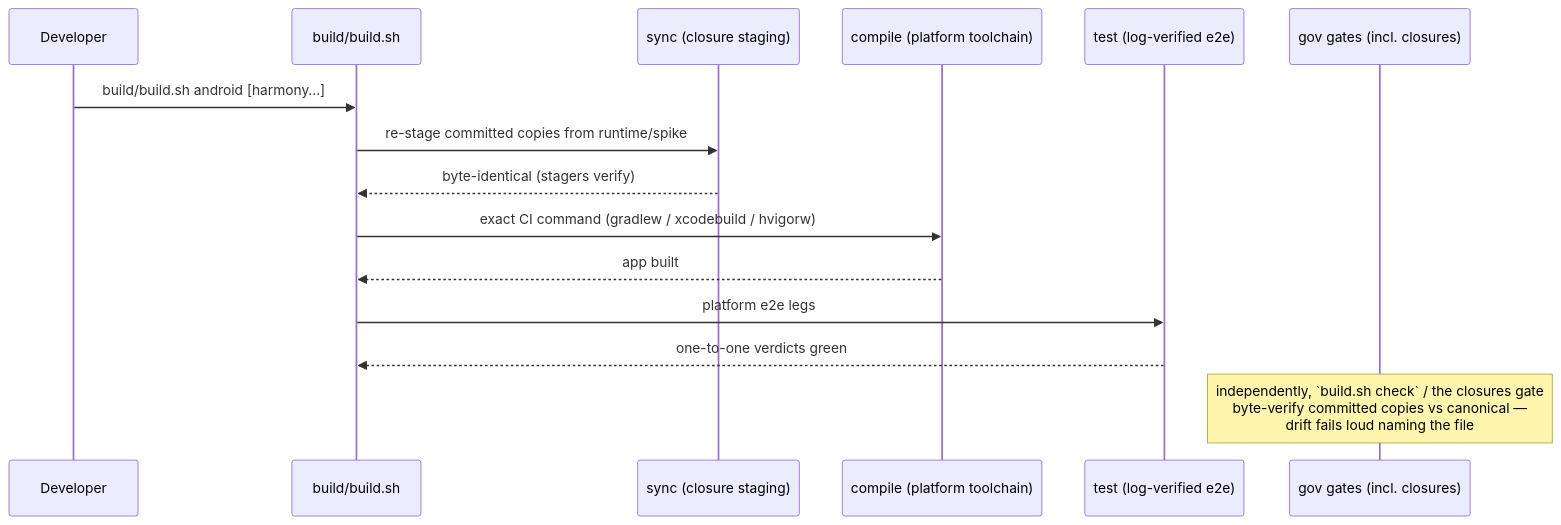
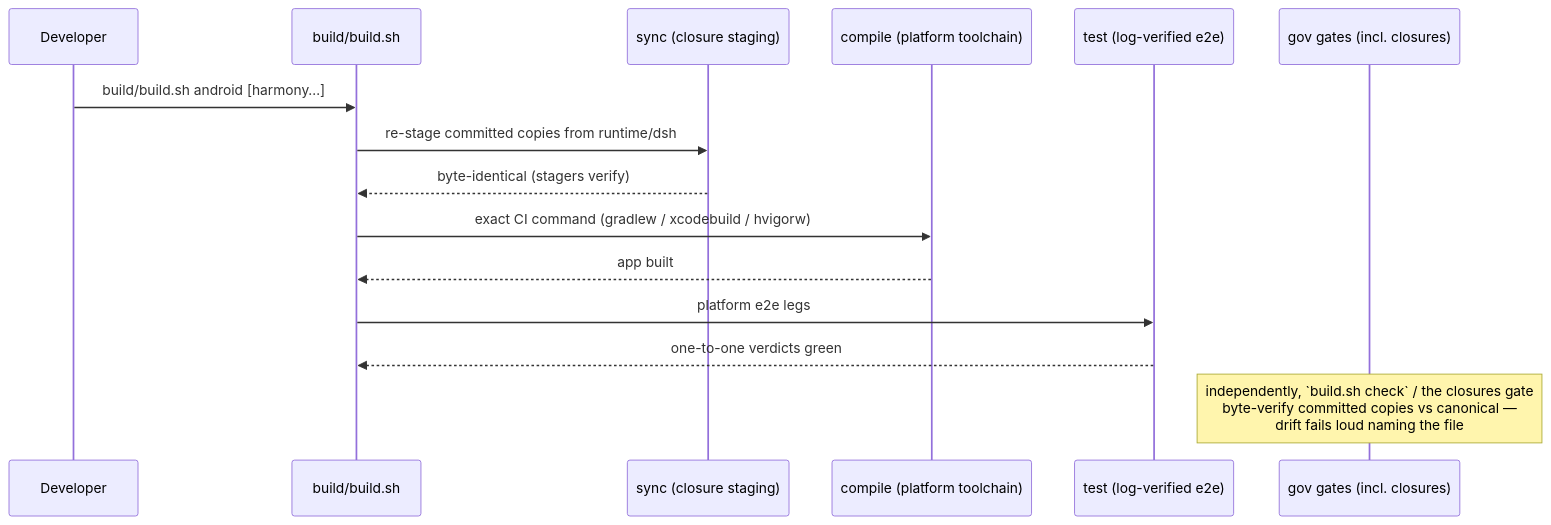
Diagram 11 of 11 in docs/sequence-diagrams.md (Lixiang9716/dsh-mobile), drawn with Mermaid before and after one commit. The commit also changed other lines of this file and 4947 other files, not shown here.

````diff
--- a/docs/sequence-diagrams.md
+++ b/docs/sequence-diagrams.md
@@ -256,18 +256,18 @@
 ```mermaid
 sequenceDiagram
     participant D as Developer
     participant B as build/build.sh
     participant SY as sync (closure staging)
     participant CO as compile (platform toolchain)
     participant TE as test (log-verified e2e)
     participant GA as gov gates (incl. closures)
 
     D->>B: build/build.sh android [harmony…]
-    B->>SY: re-stage committed copies from runtime/spike
+    B->>SY: re-stage committed copies from runtime/dsh
     SY-->>B: byte-identical (stagers verify)
     B->>CO: exact CI command (gradlew / xcodebuild / hvigorw)
     CO-->>B: app built
     B->>TE: platform e2e legs
     TE-->>B: one-to-one verdicts green
     Note over GA: independently, `build.sh check` / the closures gate<br/>byte-verify committed copies vs canonical —<br/>drift fails loud naming the file
 ```
````
